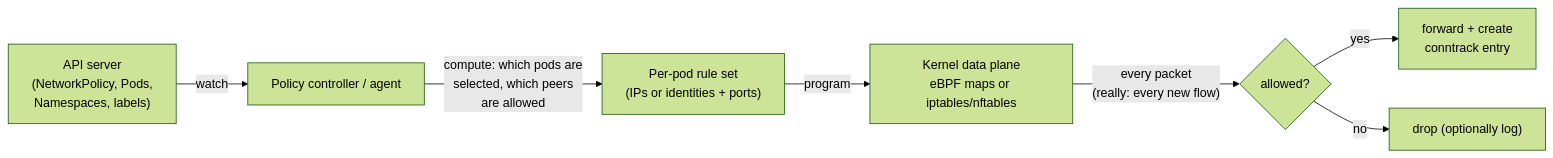
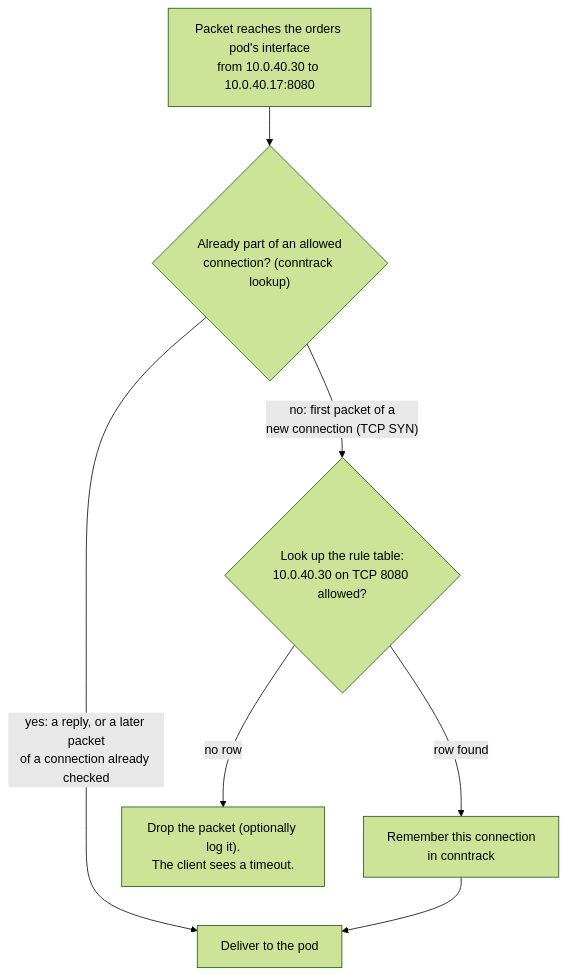
The sixth of 22 diagrams in content/engineering/network/eks-network-policies/index.md (harisheoran/harisheoran.github.io), drawn with Mermaid (forest theme) before and after one commit. The commit also changed other lines of this file, not shown here.

````diff
--- a/content/engineering/network/eks-network-policies/index.md
+++ b/content/engineering/network/eks-network-policies/index.md
@@ -312,9 +350,8 @@
 ```mermaid
-flowchart LR
-    A["API server<br/>(NetworkPolicy, Pods,<br/>Namespaces, labels)"] -->|"watch"| B["Policy controller / agent"]
-    B -->|"compute: which pods are<br/>selected, which peers<br/>are allowed"| C["Per-pod rule set<br/>(IPs or identities + ports)"]
-    C -->|"program"| D["Kernel data plane<br/>eBPF maps or iptables/nftables"]
-    D -->|"every packet<br/>(really: every new flow)"| E{"allowed?"}
-    E -->|"yes"| F["forward + create<br/>conntrack entry"]
-    E -->|"no"| G["drop (optionally log)"]
+flowchart TD
+    PKT["Packet reaches the orders pod's interface<br/>from 10.0.40.30 to 10.0.40.17:8080"] --> CT{"Already part of an allowed<br/>connection? (conntrack lookup)"}
+    CT -->|"yes: a reply, or a later packet<br/>of a connection already checked"| PASS["Deliver to the pod"]
+    CT -->|"no: first packet of a<br/>new connection (TCP SYN)"| LOOK{"Look up the rule table:<br/>10.0.40.30 on TCP 8080 allowed?"}
+    LOOK -->|"row found"| REC["Remember this connection<br/>in conntrack"] --> PASS
+    LOOK -->|"no row"| DROP["Drop the packet (optionally log it).<br/>The client sees a timeout."]
 ```
````
